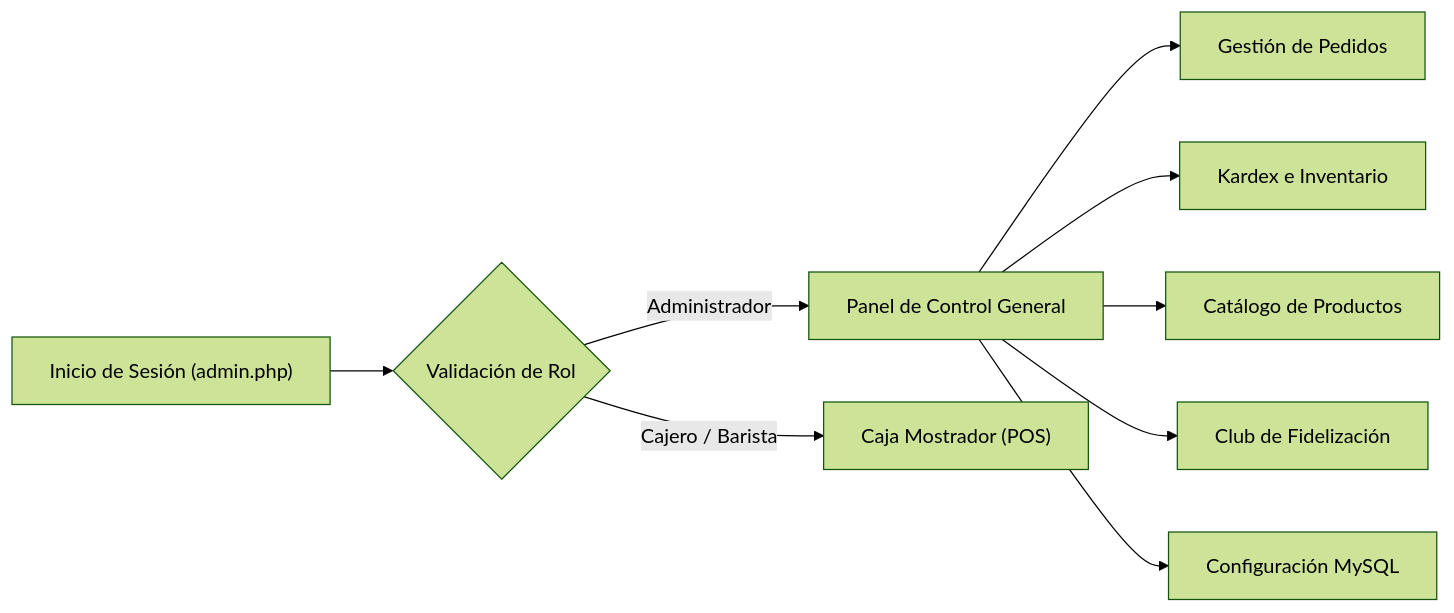
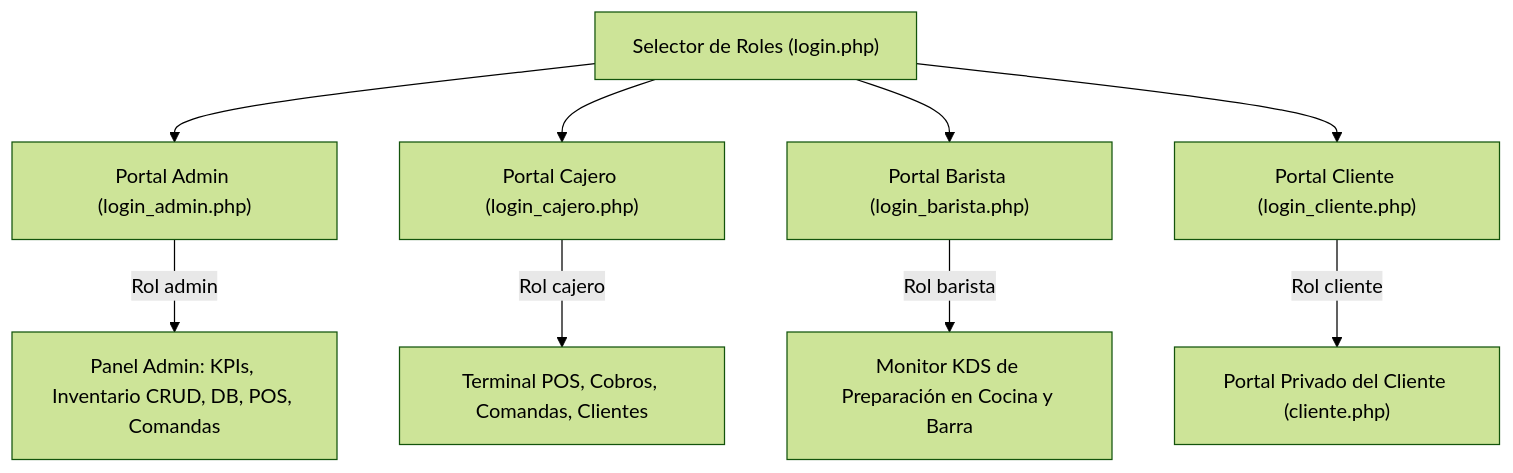
Before and after one commit to Ronald2008a/La_casa_del_buen_cafe: the second of 3 diagrams in DOCUMENTACION_SISTEMA.md, drawn with Mermaid (forest theme). The commit also changed other lines of this file and 13 other files, not shown here.

Commit message:
feat: arquitectura de roles independientes con login separado (Admin, Cajero, Barista, Cliente)

````diff
--- a/DOCUMENTACION_SISTEMA.md
+++ b/DOCUMENTACION_SISTEMA.md
@@ -154,11 +154,12 @@
 ```mermaid
-flowchart LR
-    Login["Inicio de Sesión (admin.php)"] --> Roles{Validación de Rol}
-    Roles -->|Administrador| Dash["Panel de Control General"]
-    Roles -->|Cajero / Barista| POS["Caja Mostrador (POS)"]
-    Dash --> Pedidos["Gestión de Pedidos"]
-    Dash --> Inv["Kardex e Inventario"]
-    Dash --> Cat["Catálogo de Productos"]
-    Dash --> Cli["Club de Fidelización"]
-    Dash --> Conf["Configuración MySQL"]
+flowchart TD
+    Selector["Selector de Roles (login.php)"] --> P1["Portal Admin (login_admin.php)"]
+    Selector --> P2["Portal Cajero (login_cajero.php)"]
+    Selector --> P3["Portal Barista (login_barista.php)"]
+    Selector --> P4["Portal Cliente (login_cliente.php)"]
+
+    P1 -->|Rol admin| Dash["Panel Admin: KPIs, Inventario CRUD, DB, POS, Comandas"]
+    P2 -->|Rol cajero| POS["Terminal POS, Cobros, Comandas, Clientes"]
+    P3 -->|Rol barista| KDS["Monitor KDS de Preparación en Cocina y Barra"]
+    P4 -->|Rol cliente| CliPortal["Portal Privado del Cliente (cliente.php)"]
 ```
````
